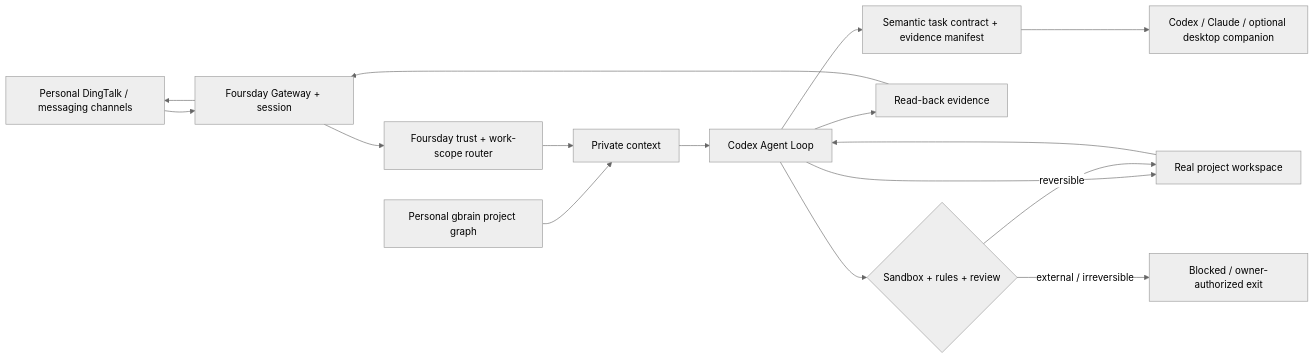
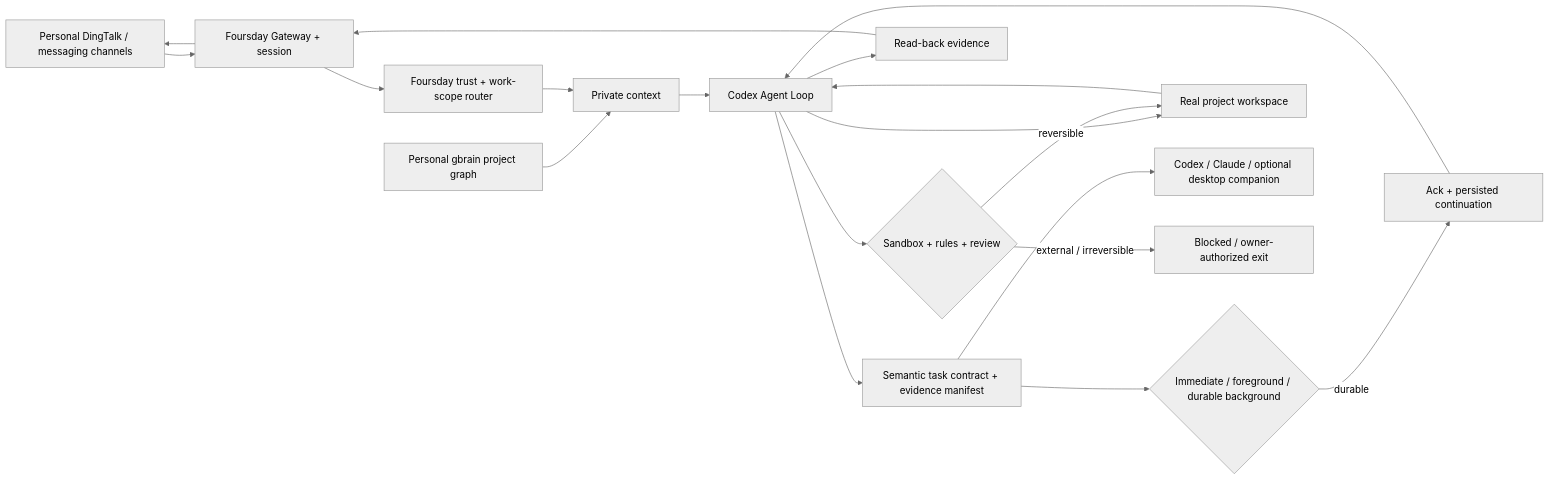
One commit to ruiwang20010702/foursday changed the diagram in README.md. Above: the diagram before and after it, drawn with Mermaid (neutral theme). The commit also changed other lines of this file and 35 other files, not shown here.

Commit message:
feat: add durable task worksite and background execution

````diff
--- a/README.md
+++ b/README.md
@@ -37,18 +37,21 @@
 ```mermaid
 flowchart LR
     M["Personal DingTalk / messaging channels"] --> T["Foursday Gateway + session"]
     T --> R["Foursday trust + work-scope router"]
     G["Personal gbrain project graph"] --> C["Private context"]
     R --> C
     C --> X["Codex Agent Loop"]
     X --> L["Semantic task contract + evidence manifest"]
+    L --> Q{"Immediate / foreground / durable background"}
+    Q -->|"durable"| D["Ack + persisted continuation"]
+    D --> X
     X --> W["Real project workspace"]
     W --> X
     X --> V["Read-back evidence"]
     V --> T
     L --> U["Codex / Claude / optional desktop companion"]
     T --> M
     X --> B{"Sandbox + rules + review"}
     B -->|"reversible"| W
     B -->|"external / irreversible"| O["Blocked / owner-authorized exit"]
 ```
````
